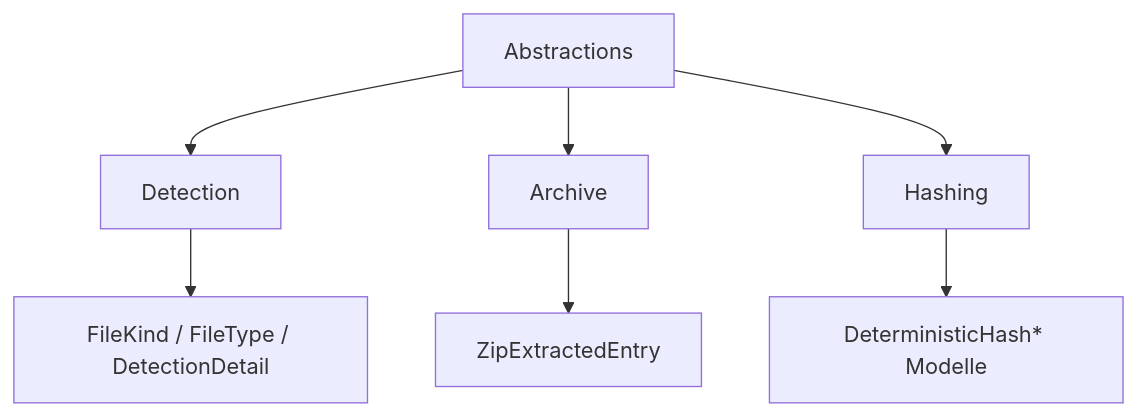
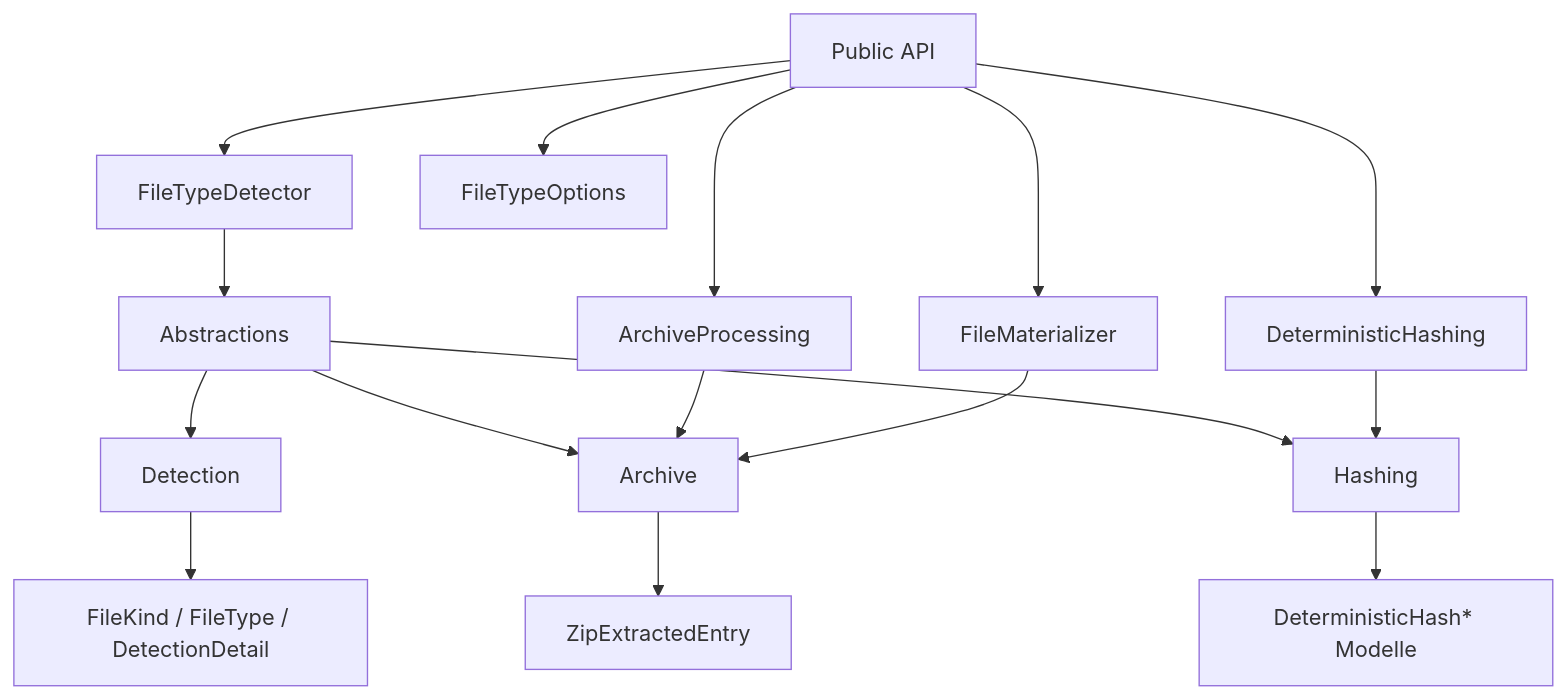
The diagram in README.md (tomtastisch/FileClassifier), drawn with Mermaid before and after one commit.

Commit message:
docs(readme): fix architecture chart to include FileMaterializer

````diff
--- a/README.md
+++ b/README.md
@@ -17,9 +17,20 @@
 ```mermaid
 graph TD
-    A["Abstractions"] --> B["Detection"]
-    A --> C["Archive"]
-    A --> D["Hashing"]
+    API["Public API"] --> DET["FileTypeDetector"]
+    API --> ARC["ArchiveProcessing"]
+    API --> MAT["FileMaterializer"]
+    API --> OPT["FileTypeOptions"]
+    API --> HSH["DeterministicHashing"]
+
+    ABS["Abstractions"] --> B["Detection"]
+    ABS --> C["Archive"]
+    ABS --> D["Hashing"]
     B --> B1["FileKind / FileType / DetectionDetail"]
     C --> C1["ZipExtractedEntry"]
     D --> D1["DeterministicHash* Modelle"]
+
+    DET --> ABS
+    ARC --> C
+    MAT --> C
+    HSH --> D
 ```
````
